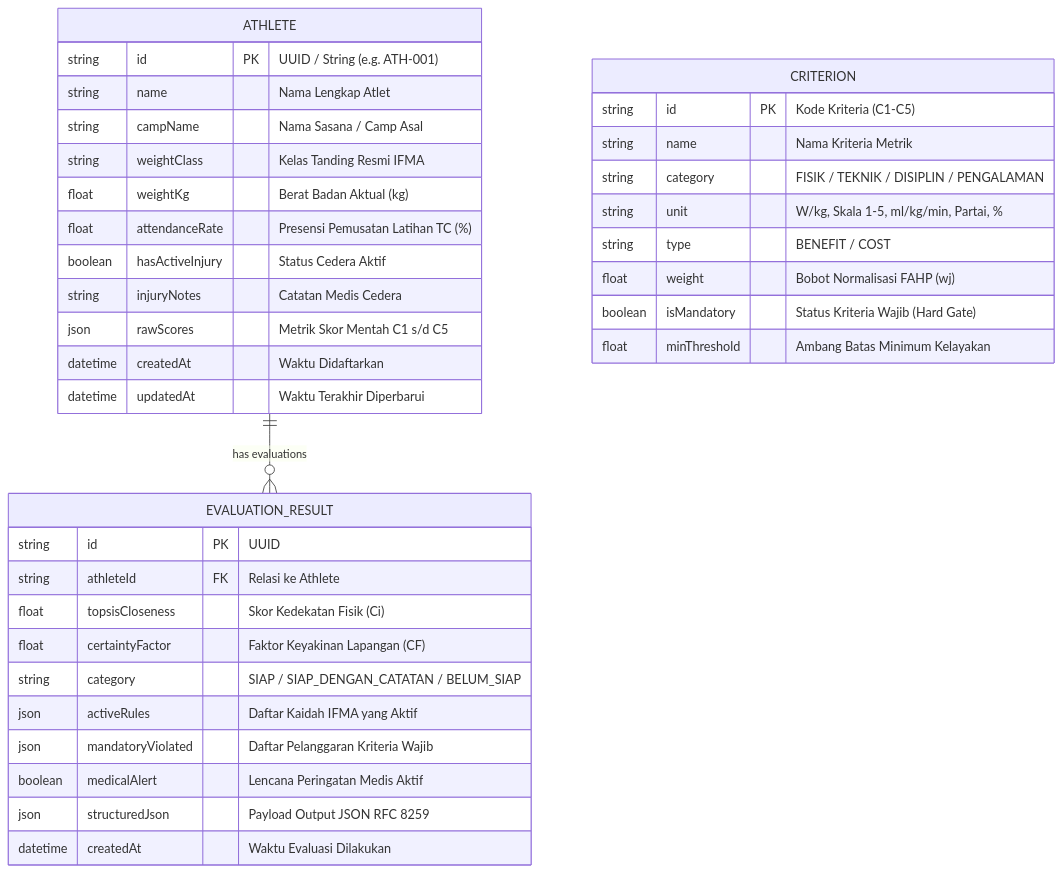
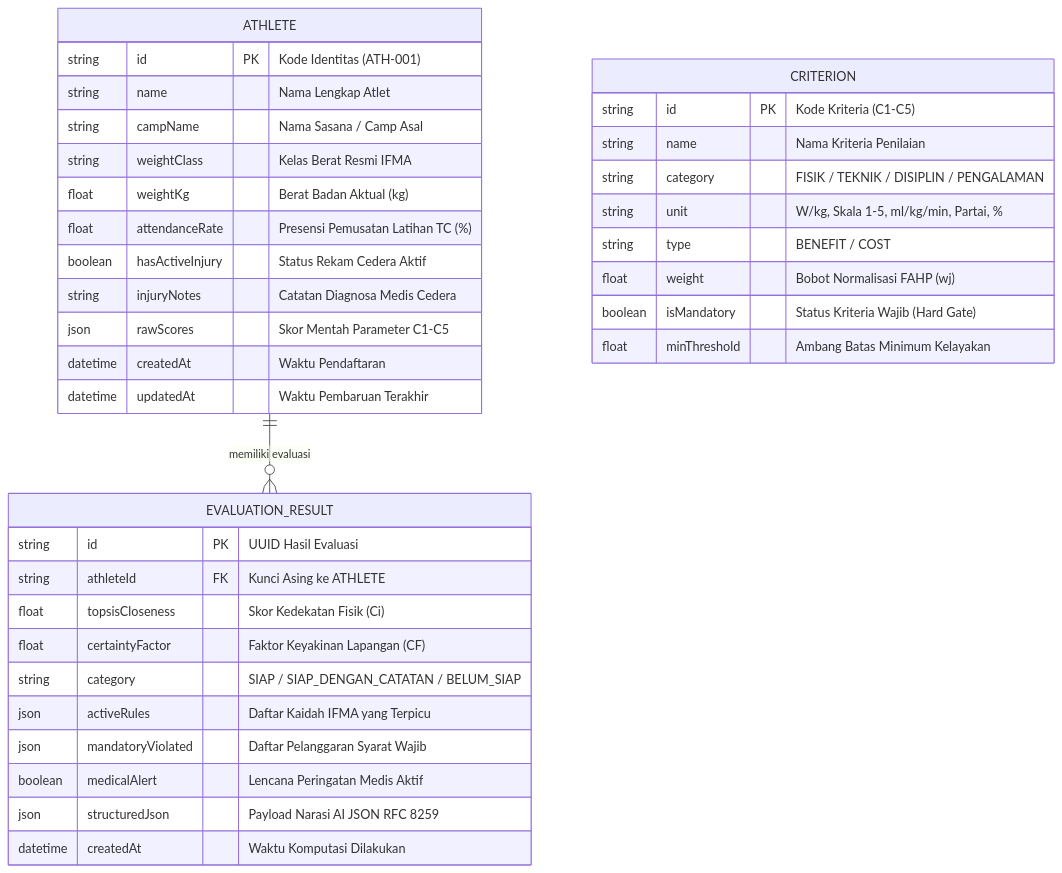
Before and after one commit to riantonyc/Sistem_PakarMY: the fifth of 5 diagrams in LAPORAN_LENGKAP_SISTEM_PAKAR_KESIAPAN_ATLET_MUAYTHAI.md, drawn with Mermaid. The commit also changed other lines of this file, not shown here.

Commit message:
docs: sesuaikan struktur laporan skripsi Bab 1-4 dan Daftar Pustaka resmi STMIK Pontianak / Sisfotenika

````diff
--- a/LAPORAN_LENGKAP_SISTEM_PAKAR_KESIAPAN_ATLET_MUAYTHAI.md
+++ b/LAPORAN_LENGKAP_SISTEM_PAKAR_KESIAPAN_ATLET_MUAYTHAI.md
@@ -236,42 +561,42 @@
 ```mermaid
 erDiagram
-    ATHLETE ||--o{ EVALUATION_RESULT : "has evaluations"
+    ATHLETE ||--o{ EVALUATION_RESULT : "memiliki evaluasi"
     
     ATHLETE {
-        string id PK "UUID / String (e.g. ATH-001)"
+        string id PK "Kode Identitas (ATH-001)"
         string name "Nama Lengkap Atlet"
         string campName "Nama Sasana / Camp Asal"
-        string weightClass "Kelas Tanding Resmi IFMA"
+        string weightClass "Kelas Berat Resmi IFMA"
         float weightKg "Berat Badan Aktual (kg)"
         float attendanceRate "Presensi Pemusatan Latihan TC (%)"
-        boolean hasActiveInjury "Status Cedera Aktif"
-        string injuryNotes "Catatan Medis Cedera"
-        json rawScores "Metrik Skor Mentah C1 s/d C5"
-        datetime createdAt "Waktu Didaftarkan"
-        datetime updatedAt "Waktu Terakhir Diperbarui"
+        boolean hasActiveInjury "Status Rekam Cedera Aktif"
+        string injuryNotes "Catatan Diagnosa Medis Cedera"
+        json rawScores "Skor Mentah Parameter C1-C5"
+        datetime createdAt "Waktu Pendaftaran"
+        datetime updatedAt "Waktu Pembaruan Terakhir"
     }
     
     EVALUATION_RESULT {
-        string id PK "UUID"
-        string athleteId FK "Relasi ke Athlete"
+        string id PK "UUID Hasil Evaluasi"
+        string athleteId FK "Kunci Asing ke ATHLETE"
         float topsisCloseness "Skor Kedekatan Fisik (Ci)"
         float certaintyFactor "Faktor Keyakinan Lapangan (CF)"
         string category "SIAP / SIAP_DENGAN_CATATAN / BELUM_SIAP"
-        json activeRules "Daftar Kaidah IFMA yang Aktif"
-        json mandatoryViolated "Daftar Pelanggaran Kriteria Wajib"
+        json activeRules "Daftar Kaidah IFMA yang Terpicu"
+        json mandatoryViolated "Daftar Pelanggaran Syarat Wajib"
         boolean medicalAlert "Lencana Peringatan Medis Aktif"
-        json structuredJson "Payload Output JSON RFC 8259"
-        datetime createdAt "Waktu Evaluasi Dilakukan"
+        json structuredJson "Payload Narasi AI JSON RFC 8259"
+        datetime createdAt "Waktu Komputasi Dilakukan"
     }
 
     CRITERION {
         string id PK "Kode Kriteria (C1-C5)"
-        string name "Nama Kriteria Metrik"
+        string name "Nama Kriteria Penilaian"
         string category "FISIK / TEKNIK / DISIPLIN / PENGALAMAN"
         string unit "W/kg, Skala 1-5, ml/kg/min, Partai, %"
         string type "BENEFIT / COST"
         float weight "Bobot Normalisasi FAHP (wj)"
         boolean isMandatory "Status Kriteria Wajib (Hard Gate)"
         float minThreshold "Ambang Batas Minimum Kelayakan"
     }
 ```
````
